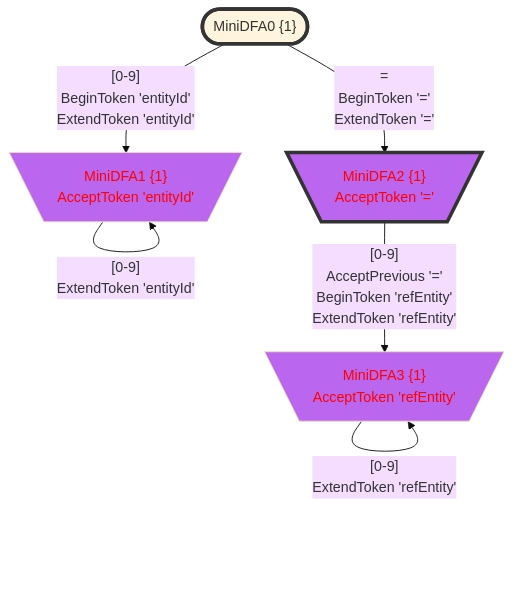
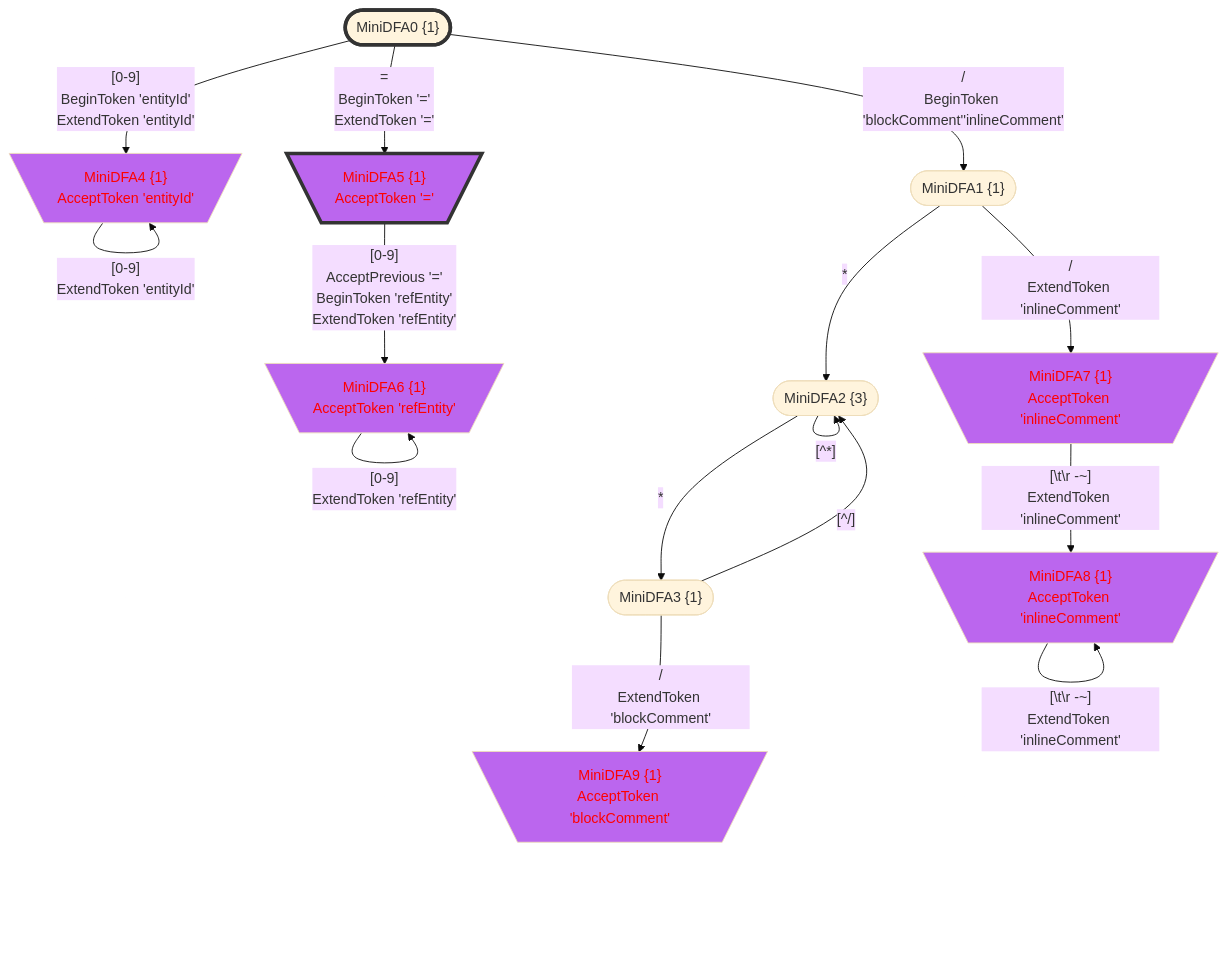
Before and after one commit to bitzhuwei/GrammarMentor: the seventh of 7 diagrams in Practices/Practice.GeneratedXxxFormat.Test/GeneratedPrefix/doc/LexicalStates.gen.md, drawn with Mermaid (base theme). The commit also changed other lines of this file and 3868 other files, not shown here.

````diff
--- a/Practices/Practice.GeneratedXxxFormat.Test/GeneratedPrefix/doc/LexicalStates.gen.md
+++ b/Practices/Practice.GeneratedXxxFormat.Test/GeneratedPrefix/doc/LexicalStates.gen.md
@@ -487,43 +920,69 @@
 ```Mermaid
 flowchart
 classDef c0001 color:#FF0000;
 classDef c0010 stroke-dasharray: 10 10;
 classDef c0011 stroke-dasharray: 10 10,color:#FF0000;
 classDef c0100 fill:#BB66EE;
 classDef c0101 fill:#BB66EE,color:#FF0000;
 classDef c0110 fill:#BB66EE,stroke-dasharray: 10 10;
 classDef c0111 fill:#BB66EE,stroke-dasharray: 10 10,color:#FF0000;
 classDef c1000 stroke:#333,stroke-width:4px;
 classDef c1001 stroke:#333,stroke-width:4px,color:#FF0000;
 classDef c1010 stroke:#333,stroke-width:4px,stroke-dasharray: 10 10;
 classDef c1011 stroke:#333,stroke-width:4px,stroke-dasharray: 10 10,color:#FF0000;
 classDef c1100 stroke:#333,stroke-width:4px,fill:#BB66EE;
 classDef c1101 stroke:#333,stroke-width:4px,fill:#BB66EE,color:#FF0000;
 classDef c1110 stroke:#333,stroke-width:4px,fill:#BB66EE,stroke-dasharray: 10 10;
 classDef c1111 stroke:#333,stroke-width:4px,fill:#BB66EE,stroke-dasharray: 10 10,color:#FF0000;
-MiniDFA0_126819603(["MiniDFA0 {1}"])
-class MiniDFA0_126819603 c1000;
-MiniDFA1_580070143[\"MiniDFA1 {1}
+MiniDFA0_-1315845637(["MiniDFA0 {1}"])
+class MiniDFA0_-1315845637 c1000;
+MiniDFA4_1442053852[\"MiniDFA4 {1}
 AcceptToken 'entityId'"/]
-class MiniDFA1_580070143 c0101;
-MiniDFA2_1465815517[\"MiniDFA2 {1}
+class MiniDFA4_1442053852 c0101;
+MiniDFA5_185564740[\"MiniDFA5 {1}
 AcceptToken '='"/]
-class MiniDFA2_1465815517 c1101;
-MiniDFA3_-122244134[\"MiniDFA3 {1}
+class MiniDFA5_185564740 c1101;
+MiniDFA1_-678884485(["MiniDFA1 {1}"])
+MiniDFA6_692057757[\"MiniDFA6 {1}
 AcceptToken 'refEntity'"/]
-class MiniDFA3_-122244134 c0101;
-MiniDFA0_126819603 -->|"[0-9]
+class MiniDFA6_692057757 c0101;
+MiniDFA2_-385248872(["MiniDFA2 {3}"])
+MiniDFA7_-500746164[\"MiniDFA7 {1}
+AcceptToken 'inlineComment'"/]
+class MiniDFA7_-500746164 c0101;
+MiniDFA3_-1884997737(["MiniDFA3 {1}"])
+MiniDFA8_190811382[\"MiniDFA8 {1}
+AcceptToken 'inlineComment'"/]
+class MiniDFA8_190811382 c0101;
+MiniDFA9_1589134563[\"MiniDFA9 {1}
+AcceptToken 'blockComment'"/]
+class MiniDFA9_1589134563 c0101;
+MiniDFA0_-1315845637 -->|"[0-9]
 BeginToken 'entityId'
-ExtendToken 'entityId'"|MiniDFA1_580070143
-MiniDFA0_126819603 -->|"=
+ExtendToken 'entityId'"|MiniDFA4_1442053852
+MiniDFA0_-1315845637 -->|"=
 BeginToken '='
-ExtendToken '='"|MiniDFA2_1465815517
-MiniDFA1_580070143 -->|"[0-9]
-ExtendToken 'entityId'"|MiniDFA1_580070143
-MiniDFA2_1465815517 -->|"[0-9]
+ExtendToken '='"|MiniDFA5_185564740
+MiniDFA0_-1315845637 -->|"/
+BeginToken 'blockComment''inlineComment'"|MiniDFA1_-678884485
+MiniDFA4_1442053852 -->|"[0-9]
+ExtendToken 'entityId'"|MiniDFA4_1442053852
+MiniDFA5_185564740 -->|"[0-9]
 AcceptPrevious '='
 BeginToken 'refEntity'
-ExtendToken 'refEntity'"|MiniDFA3_-122244134
-MiniDFA3_-122244134 -->|"[0-9]
-ExtendToken 'refEntity'"|MiniDFA3_-122244134
+ExtendToken 'refEntity'"|MiniDFA6_692057757
+MiniDFA1_-678884485 -->|"*"|MiniDFA2_-385248872
+MiniDFA1_-678884485 -->|"/
+ExtendToken 'inlineComment'"|MiniDFA7_-500746164
+MiniDFA6_692057757 -->|"[0-9]
+ExtendToken 'refEntity'"|MiniDFA6_692057757
+MiniDFA2_-385248872 -->|"[^*]"|MiniDFA2_-385248872
+MiniDFA2_-385248872 -->|"*"|MiniDFA3_-1884997737
+MiniDFA7_-500746164 -->|"[#92;t#92;r#32;-~]
+ExtendToken 'inlineComment'"|MiniDFA8_190811382
+MiniDFA3_-1884997737 -->|"[^/]"|MiniDFA2_-385248872
+MiniDFA3_-1884997737 -->|"/
+ExtendToken 'blockComment'"|MiniDFA9_1589134563
+MiniDFA8_190811382 -->|"[#92;t#92;r#32;-~]
+ExtendToken 'inlineComment'"|MiniDFA8_190811382
 ```
````
